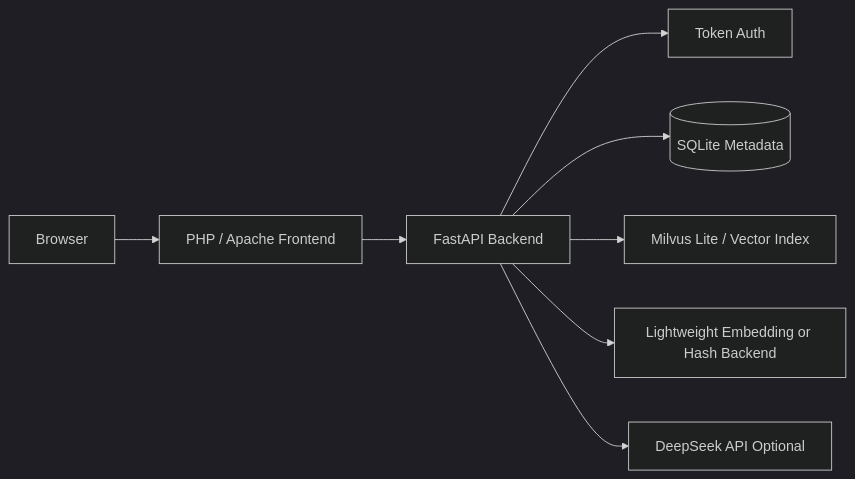
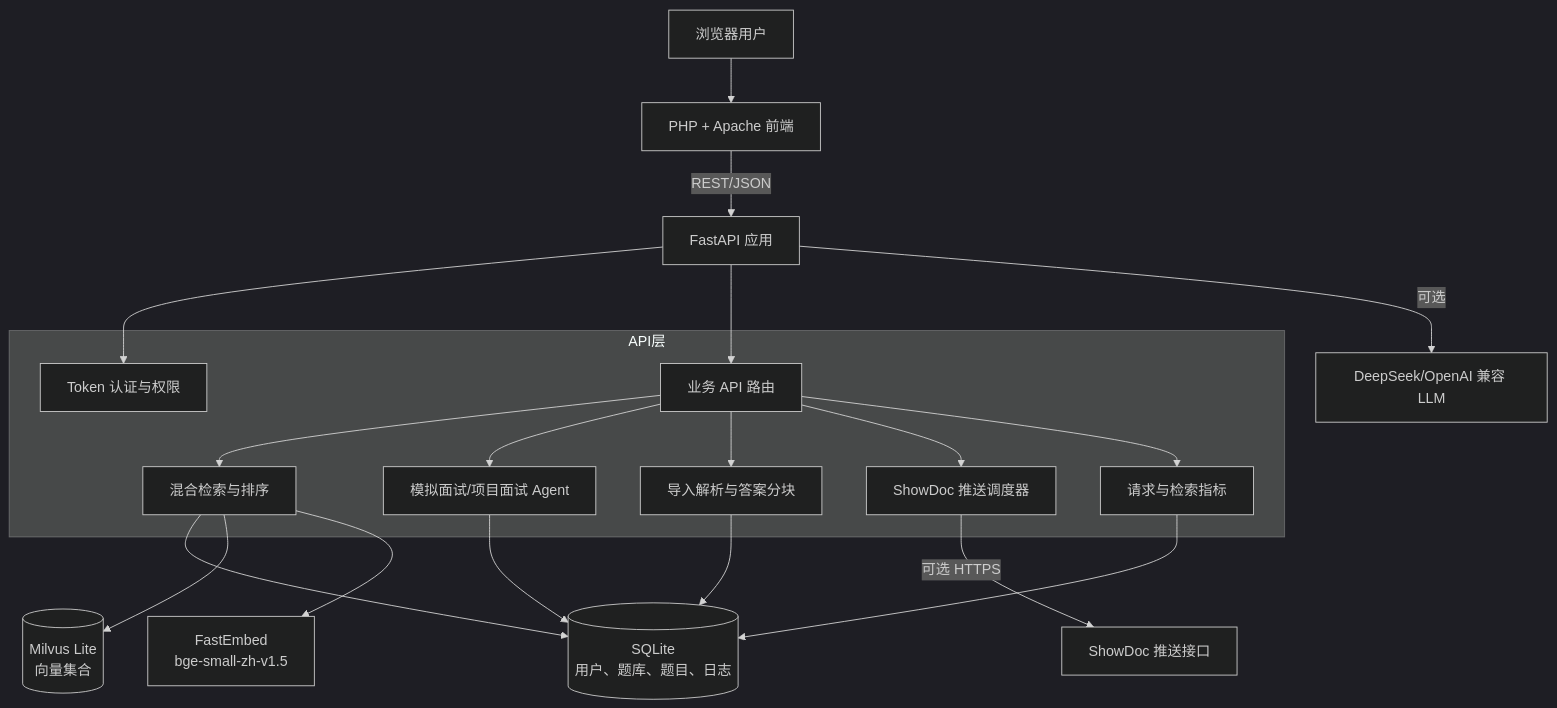
One commit to dazhiruoyu123/jianwei-interview-rag changed the diagram in README.md. Above: the diagram before and after it, drawn with Mermaid (dark theme). The commit also changed other lines of this file, not shown here.

Commit message:
Update Chinese README and architecture documentation

````diff
--- a/README.md
+++ b/README.md
@@ -31,10 +23,32 @@
 ```mermaid
-flowchart LR
-    Browser[Browser] --> Web[PHP / Apache Frontend]
-    Web --> API[FastAPI Backend]
-    API --> Auth[Token Auth]
-    API --> DB[(SQLite Metadata)]
-    API --> Vector[Milvus Lite / Vector Index]
-    API --> Embed[Lightweight Embedding or Hash Backend]
-    API --> LLM[DeepSeek API Optional]
+flowchart TB
+    User[浏览器用户] --> Web[PHP + Apache 前端]
+    Web -->|REST/JSON| API[FastAPI 应用]
+
+    subgraph API层
+        Auth[Token 认证与权限]
+        Router[业务 API 路由]
+        Search[混合检索与排序]
+        Interview[模拟面试/项目面试 Agent]
+        Import[导入解析与答案分块]
+        Push[ShowDoc 推送调度器]
+        Metrics[请求与检索指标]
+    end
+
+    API --> Auth
+    API --> Router
+    Router --> Search
+    Router --> Interview
+    Router --> Import
+    Router --> Push
+    Router --> Metrics
+
+    Search --> SQLite[(SQLite\n用户、题库、题目、日志)]
+    Search --> Milvus[(Milvus Lite\n向量集合)]
+    Search --> Embed[FastEmbed\nbge-small-zh-v1.5]
+    Interview --> SQLite
+    Import --> SQLite
+    Metrics --> SQLite
+    API -->|可选| LLM[DeepSeek/OpenAI 兼容 LLM]
+    Push -->|可选 HTTPS| ShowDoc[ShowDoc 推送接口]
 ```
````
